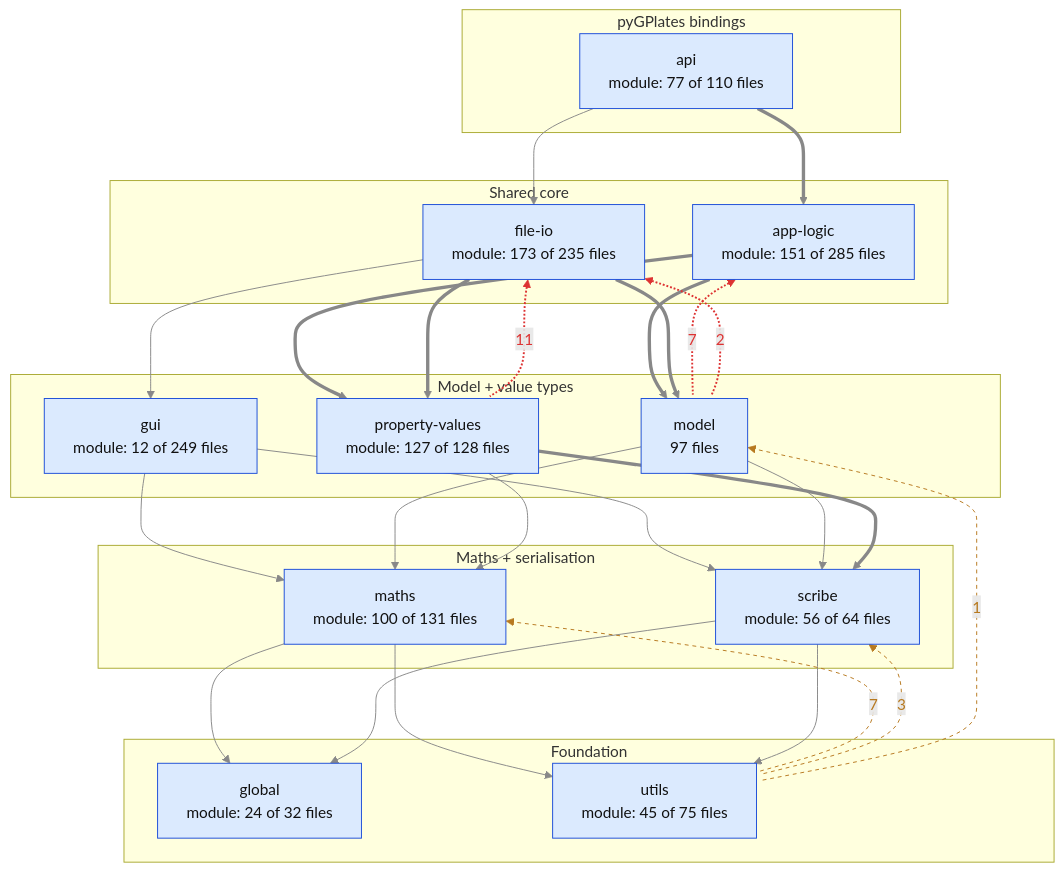
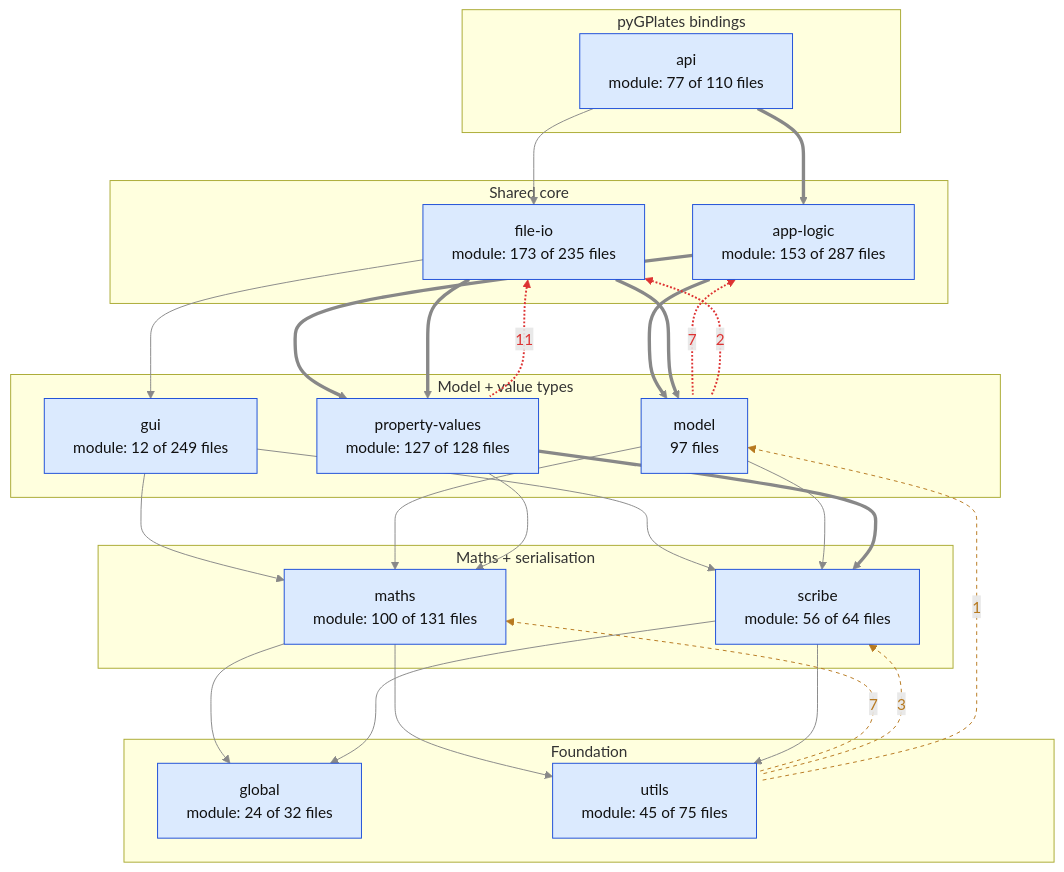
One commit to GPlates/GPlates changed the second of 2 diagrams in docs/design/architecture/dependency-matrix.md. Above: the diagram before and after it, drawn with Mermaid. The commit also changed other lines of this file and 10 other files, not shown here.

````diff
--- a/docs/design/architecture/dependency-matrix.md
+++ b/docs/design/architecture/dependency-matrix.md
@@ -141,51 +141,51 @@
 ```mermaid
 flowchart TD
   subgraph L0 ["Foundation"]
     global["global<br/>module: 24 of 32 files"]:::module
     utils["utils<br/>module: 45 of 75 files"]:::module
   end
   subgraph L1 ["Maths + serialisation"]
     maths["maths<br/>module: 100 of 131 files"]:::module
     scribe["scribe<br/>module: 56 of 64 files"]:::module
   end
   subgraph L2 ["Model + value types"]
     model["model<br/>97 files"]:::module
     property_values["property-values<br/>module: 127 of 128 files"]:::module
     gui["gui<br/>module: 12 of 249 files"]:::module
   end
   subgraph L3 ["Shared core"]
     file_io["file-io<br/>module: 173 of 235 files"]:::module
-    app_logic["app-logic<br/>module: 151 of 285 files"]:::module
+    app_logic["app-logic<br/>module: 153 of 287 files"]:::module
   end
   subgraph L4 ["pyGPlates bindings"]
     api["api<br/>module: 77 of 110 files"]:::module
   end
   maths --> global
   maths --> utils
   scribe --> global
   scribe --> utils
   gui --> maths
   gui --> scribe
   model --> maths
   model --> scribe
   property_values --> maths
   property_values ==> scribe
   app_logic ==> model
   app_logic ==> property_values
   file_io --> gui
   file_io ==> model
   file_io ==> property_values
   api ==> app_logic
   api --> file_io
   file_io <-.->|11| property_values
   app_logic <-.->|7| model
   file_io <-.->|2| model
   maths <-.->|7| utils
   scribe <-.->|3| utils
   model <-.->|1| utils
   classDef module fill:#dbeafe,stroke:#1d4ed8,color:#111
   classDef gplates fill:#f3f4f6,stroke:#6b7280,color:#111
   linkStyle 0,1,2,3,4,5,6,7,8,9,10,11,12,13,14,15,16 stroke:#888
   linkStyle 20,21,22 stroke:#b7791f,stroke-dasharray:4 4,color:#b7791f,marker-end:none
   linkStyle 17,18,19 stroke:#d33,stroke-width:2px,color:#d33,marker-end:none
 ```
````
